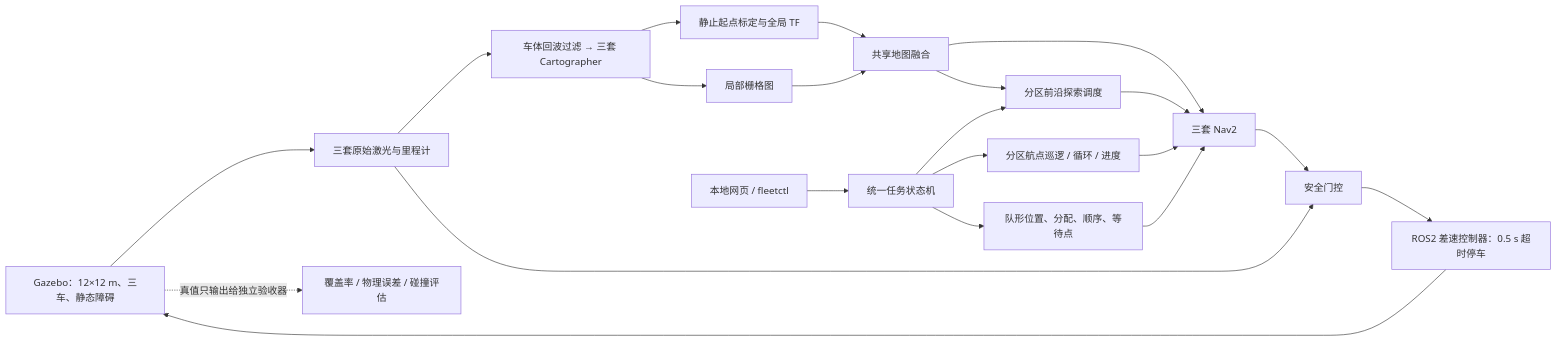
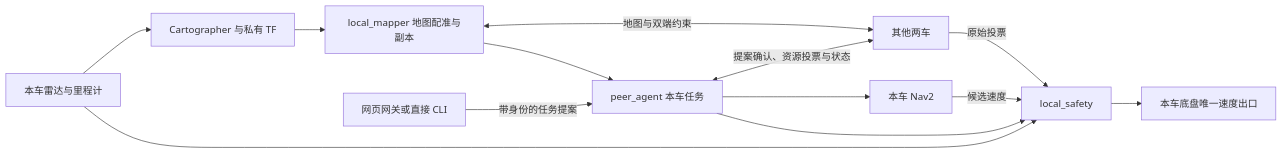
One commit to 42zwb/Cross-Project-Training-2-Intelligent-Robot changed the diagram in multi_robot/docs/算法与工程结构.md. Above: the diagram before and after it, drawn with Mermaid. The commit also changed other lines of this file and 210 other files, not shown here.

````diff
--- a/multi_robot/docs/算法与工程结构.md
+++ b/multi_robot/docs/算法与工程结构.md
@@ -5,23 +7,15 @@
 ```mermaid
 flowchart LR
-  G[Gazebo：12×12 m、三车、静态障碍] --> L[三套原始激光与里程计]
-  L --> S[车体回波过滤 → 三套 Cartographer]
-  S --> T[静止起点标定与全局 TF]
-  S --> M[局部栅格图]
-  T --> F[共享地图融合]
-  M --> F
-  F --> E[分区前沿探索调度]
-  F --> N[三套 Nav2]
-  E --> N
-  U[本地网页 / fleetctl] --> C[统一任务状态机]
-  C --> E
-  C --> P[分区航点巡逻 / 循环 / 进度]
-  P --> N
-  C --> Q[队形位置、分配、顺序、等待点]
-  Q --> N
-  N --> V[安全门控]
-  L --> V
-  V --> D[ROS2 差速控制器：0.5 s 超时停车]
-  D --> G
-  G -. 真值只输出给独立验收器 .-> A[覆盖率 / 物理误差 / 碰撞评估]
+  S[本车雷达与里程计] --> C[Cartographer 与私有 TF]
+  C --> M[local_mapper 地图配准与副本]
+  M <-->|地图与双端约束| P[其他两车]
+  M --> A[peer_agent 本车任务]
+  A <-->|提案确认、资源投票与状态| P
+  A --> N[本车 Nav2]
+  A --> G[local_safety]
+  P -->|原始投票| G
+  S --> G
+  N -->|候选速度| G
+  G --> D[本车底盘唯一速度出口]
+  U[网页网关或直接 CLI] -->|带身份的任务提案| A
 ```
````
